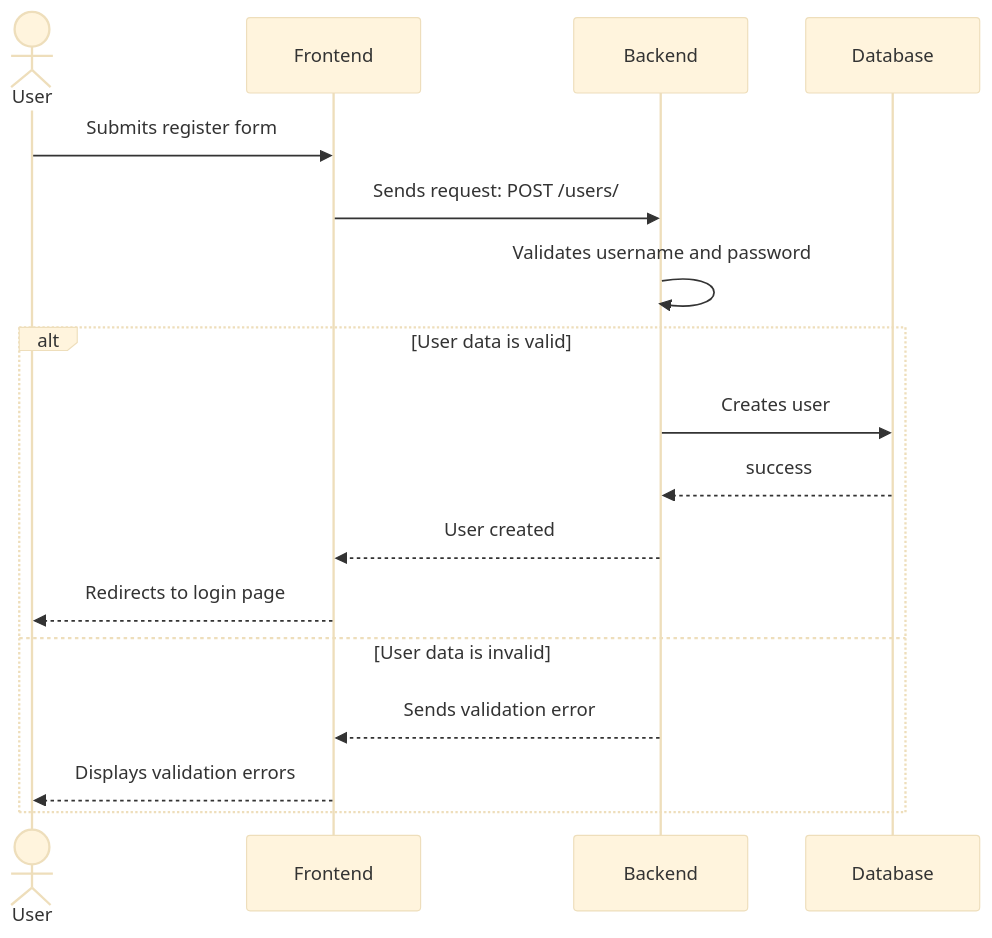
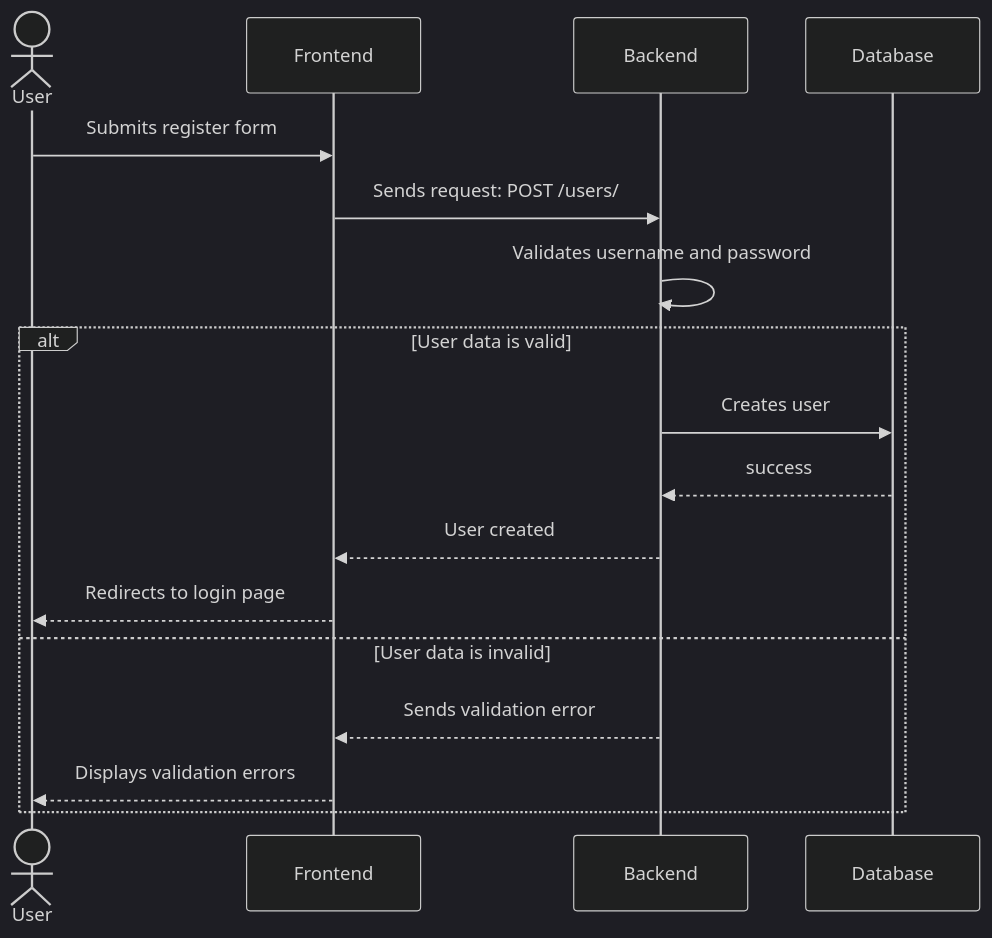
One commit to mandacode/mandacodigo-backend changed the diagram in docs/auth/register.mmd. Above: the diagram before and after it, drawn with Mermaid. The commit also changed 3 other files, not shown here.

Commit message:
Add base color for mermaid diagrams

```diff
--- a/docs/auth/register.mmd
+++ b/docs/auth/register.mmd
@@ -1,21 +1,21 @@
-%%{init: {'theme':'base'}}%%
+%%{init: {'theme':'dark'}}%%
 
 sequenceDiagram
     actor User
     participant FE as Frontend
     participant BE as Backend
     participant DB as Database
 
     User ->> FE: Submits register form
     FE ->> BE: Sends request: POST /users/
     BE ->> BE: Validates username and password
 
     alt User data is valid
         BE ->> DB: Creates user
         DB -->> BE: success
         BE -->> FE: User created
         FE -->> User: Redirects to login page
     else User data is invalid
         BE -->> FE: Sends validation error
         FE -->> User: Displays validation errors
     end
```
